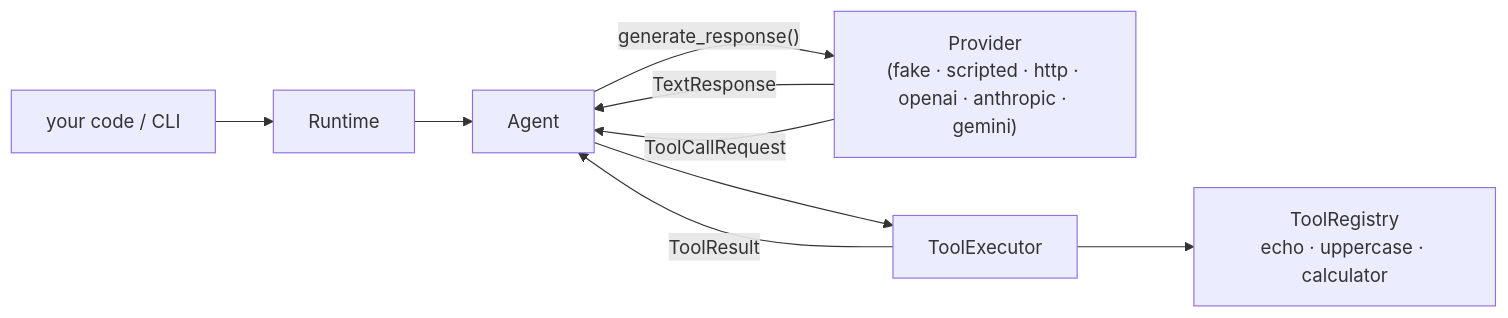
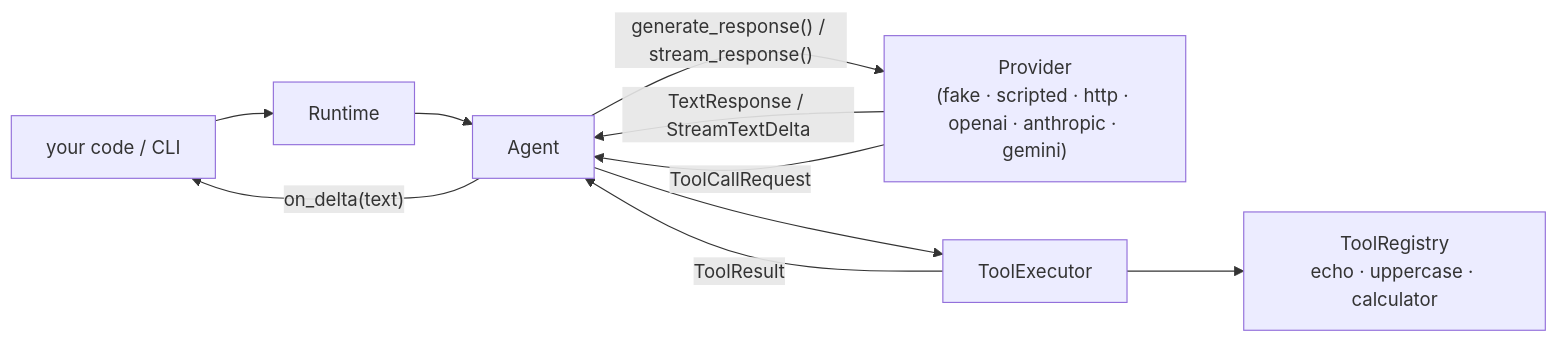
The diagram in README.md (Abolfazlrwm/nexusagent), drawn with Mermaid before and after one commit. The commit also changed other lines of this file and 4 other files, not shown here.

First line of the commit message:
docs: document streaming responses (README, ADR 0009, architecture, status)

````diff
--- a/README.md
+++ b/README.md
@@ -55,11 +55,12 @@
 ```mermaid
 flowchart LR
     U["your code / CLI"] --> R["Runtime"]
     R --> A["Agent"]
-    A -- "generate_response()" --> P["Provider<br/>(fake · scripted · http · openai · anthropic · gemini)"]
-    P -- "TextResponse" --> A
+    A -- "generate_response() / stream_response()" --> P["Provider<br/>(fake · scripted · http · openai · anthropic · gemini)"]
+    P -- "TextResponse / StreamTextDelta" --> A
     P -- "ToolCallRequest" --> A
+    A -- "on_delta(text)" --> U
     A --> X["ToolExecutor"]
     X --> T["ToolRegistry<br/>echo · uppercase · calculator"]
     X -- "ToolResult" --> A
 ```
````
